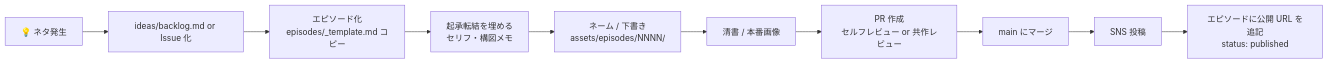
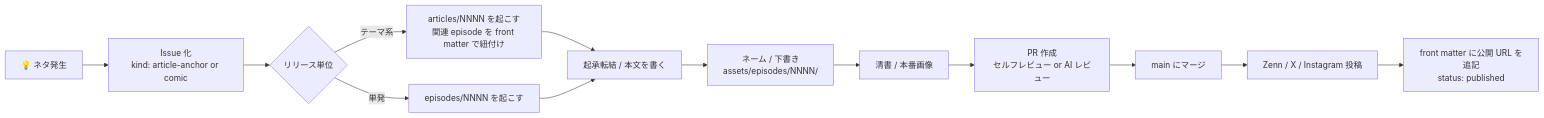
Before and after one commit to shunta-furukawa/four-panel-comics: the diagram in docs/workflow.md, drawn with Mermaid. The commit also changed other lines of this file and 3 other files, not shown here.

First line of the commit message:
articles + docs: 語り口修正 + 毎日連載 → "リリース単位" 運用に切り替え (#33)

````diff
--- a/docs/workflow.md
+++ b/docs/workflow.md
@@ -5,12 +34,15 @@
 ```mermaid
 flowchart LR
-    A[💡 ネタ発生] --> B[ideas/backlog.md or Issue 化]
-    B --> C[エピソード化<br/>episodes/_template.md コピー]
-    C --> D[起承転結を埋める<br/>セリフ・構図メモ]
-    D --> E[ネーム / 下書き<br/>assets/episodes/NNNN/]
-    E --> F[清書 / 本番画像]
-    F --> G[PR 作成<br/>セルフレビュー or 共作レビュー]
-    G --> H[main にマージ]
-    H --> I[SNS 投稿]
-    I --> J[エピソードに公開 URL を追記<br/>status: published]
+    A[💡 ネタ発生] --> B[Issue 化<br/>kind: article-anchor or comic]
+    B --> C{リリース単位}
+    C -- テーマ系 --> D1[articles/NNNN を起こす<br/>関連 episode を front matter で紐付け]
+    C -- 単発 --> D2[episodes/NNNN を起こす]
+    D1 --> E[起承転結 / 本文を書く]
+    D2 --> E
+    E --> F[ネーム / 下書き<br/>assets/episodes/NNNN/]
+    F --> G[清書 / 本番画像]
+    G --> H[PR 作成<br/>セルフレビュー or AI レビュー]
+    H --> I[main にマージ]
+    I --> J[Zenn / X / Instagram 投稿]
+    J --> K[front matter に公開 URL を追記<br/>status: published]
 ```
````
